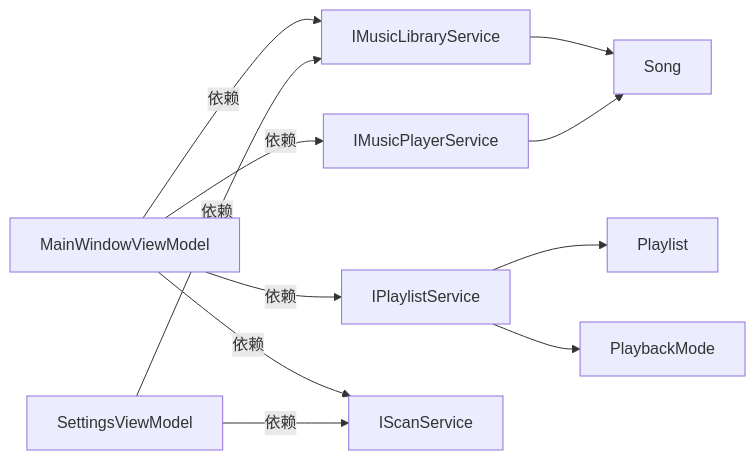
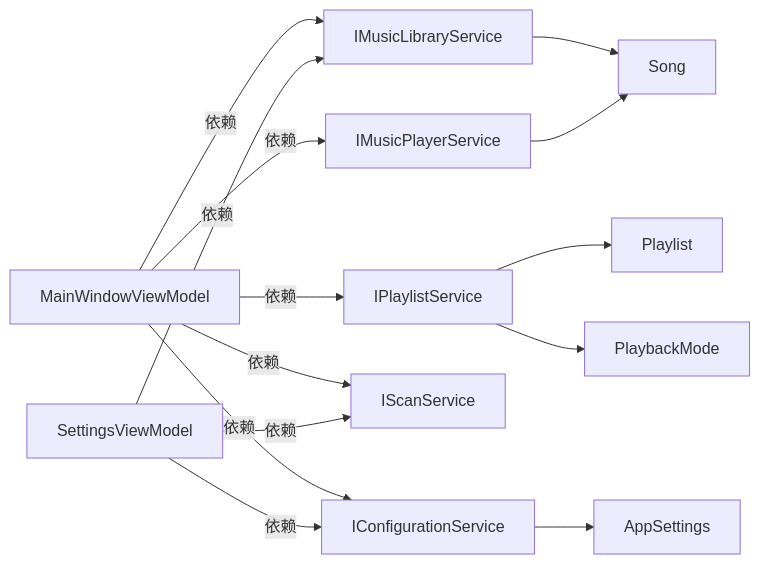
The eighth of 8 diagrams in .qoder/repowiki/zh/content/视图模型层/视图模型层.md (mariamjensen42-glitch/LocalMusicPlayer), drawn with Mermaid before and after one commit. The commit also changed other lines of this file and 14 other files, not shown here.

````diff
--- a/.qoder/repowiki/zh/content/视图模型层/视图模型层.md
+++ b/.qoder/repowiki/zh/content/视图模型层/视图模型层.md
@@ -338,13 +418,16 @@
 ```mermaid
 graph LR
 VM_Main["MainWindowViewModel"] --> |依赖| S_Player["IMusicPlayerService"]
 VM_Main --> |依赖| S_Playlist["IPlaylistService"]
 VM_Main --> |依赖| S_Library["IMusicLibraryService"]
 VM_Main --> |依赖| S_Scan["IScanService"]
+VM_Main --> |依赖| S_Config["IConfigurationService"]
 VM_Settings["SettingsViewModel"] --> |依赖| S_Scan
 VM_Settings --> |依赖| S_Library
+VM_Settings --> |依赖| S_Config
 S_Playlist --> M_Playlist["Playlist"]
 S_Library --> M_Song["Song"]
 S_Player --> M_Song
 S_Playlist --> M_Mode["PlaybackMode"]
+S_Config --> M_AppSettings["AppSettings"]
 ```
````
